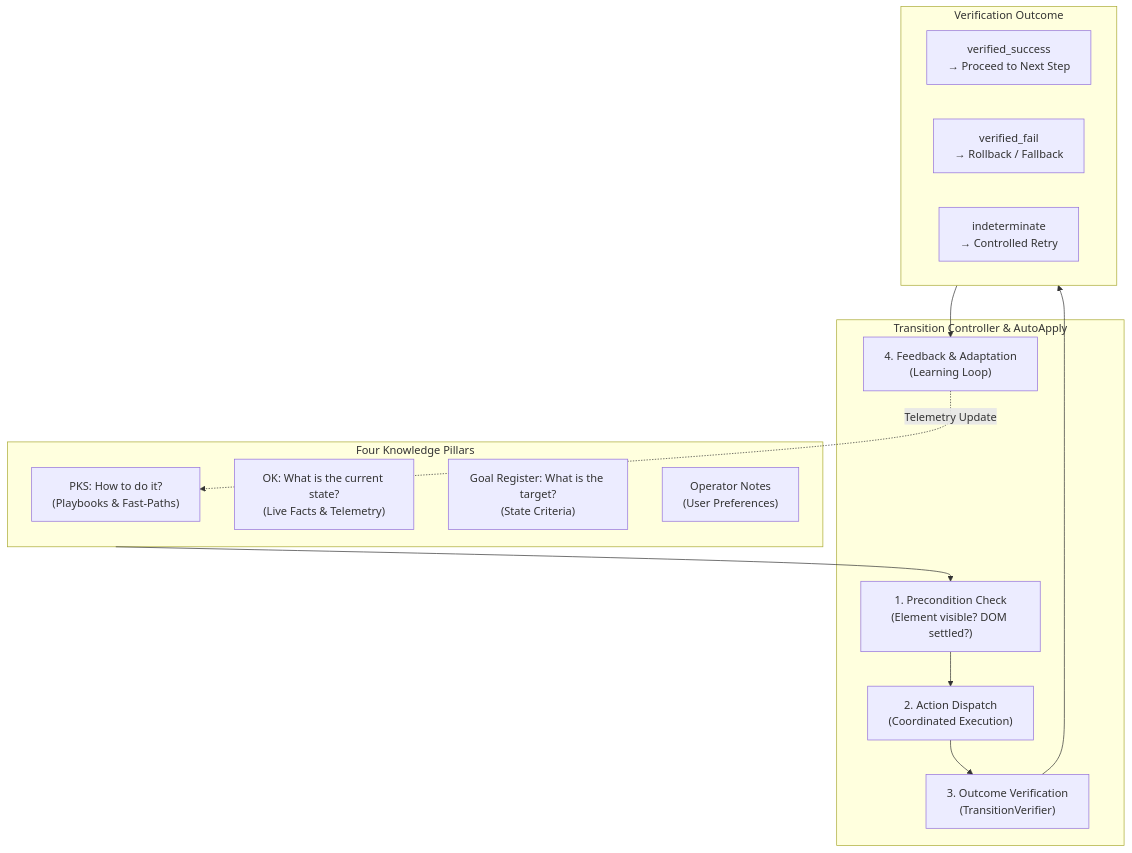
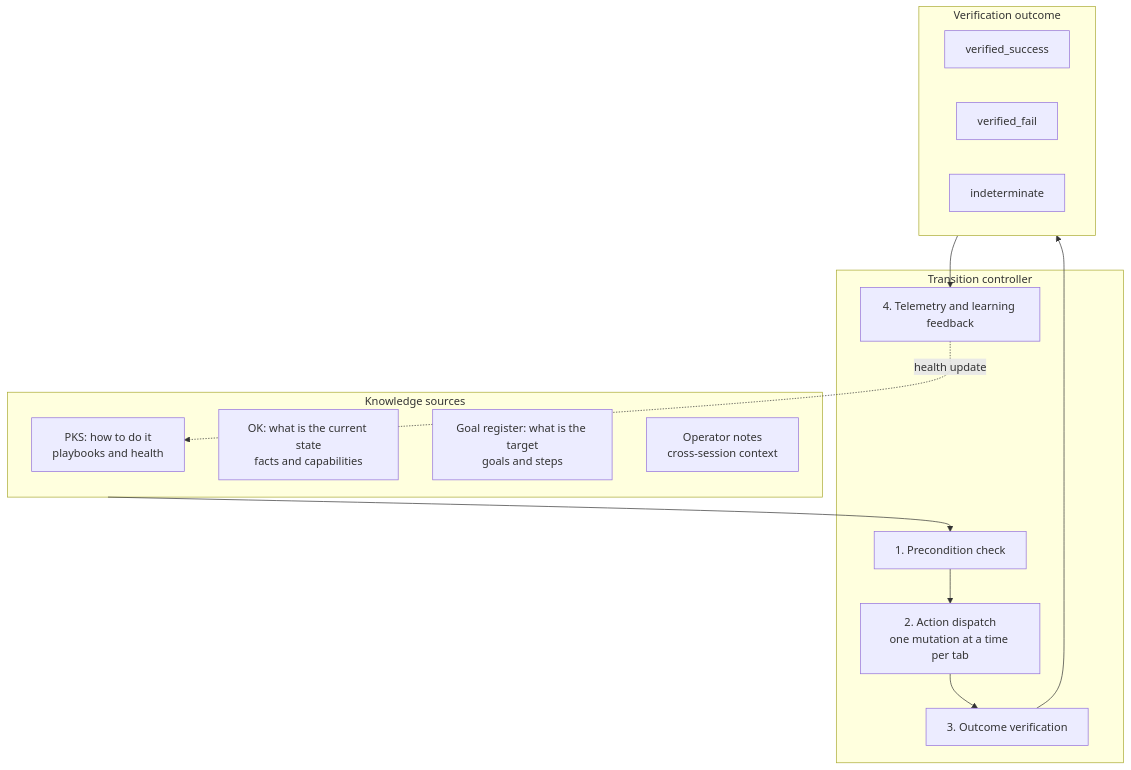
Before and after one commit to joelaniol/nova: the diagram in docs/core-features/closed-loop-system.md, drawn with Mermaid. The commit also changed other lines of this file and 495 other files, not shown here.

````diff
--- a/docs/core-features/closed-loop-system.md
+++ b/docs/core-features/closed-loop-system.md
@@ -21,40 +21,29 @@
 ```mermaid
 flowchart TD
-    subgraph Knowledge["Four Knowledge Pillars"]
-        PKS["PKS: How to do it?
-(Playbooks & Fast-Paths)"]
-        OK["OK: What is the current state?
-(Live Facts & Telemetry)"]
-        Goal["Goal Register: What is the target?
-(State Criteria)"]
-        OpNotes["Operator Notes
-(User Preferences)"]
+    subgraph Knowledge["Knowledge sources"]
+        PKS["PKS: how to do it<br/>playbooks and health"]
+        OK["OK: what is the current state<br/>facts and capabilities"]
+        Goal["Goal register: what is the target<br/>goals and steps"]
+        OpNotes["Operator notes<br/>cross-session context"]
     end
 
-    subgraph Controller["Transition Controller & AutoApply"]
-        Pre["1. Precondition Check
-(Element visible? DOM settled?)"]
-        Exec["2. Action Dispatch
-(Coordinated Execution)"]
-        Verify["3. Outcome Verification
-(TransitionVerifier)"]
-        React["4. Feedback & Adaptation
-(Learning Loop)"]
+    subgraph Controller["Transition controller"]
+        Pre["1. Precondition check"]
+        Exec["2. Action dispatch<br/>one mutation at a time per tab"]
+        Verify["3. Outcome verification"]
+        React["4. Telemetry and learning feedback"]
     end
 
-    subgraph Outcomes["Verification Outcome"]
-        Success["verified_success
-→ Proceed to Next Step"]
-        Fail["verified_fail
-→ Rollback / Fallback"]
-        Indet["indeterminate
-→ Controlled Retry"]
+    subgraph Outcomes["Verification outcome"]
+        Success["verified_success"]
+        Fail["verified_fail"]
+        Indet["indeterminate"]
     end
 
     Knowledge --> Pre
     Pre --> Exec
     Exec --> Verify
     Verify --> Outcomes
     Outcomes --> React
-    React -. Telemetry Update .-> PKS
+    React -. health update .-> PKS
 ```
````
